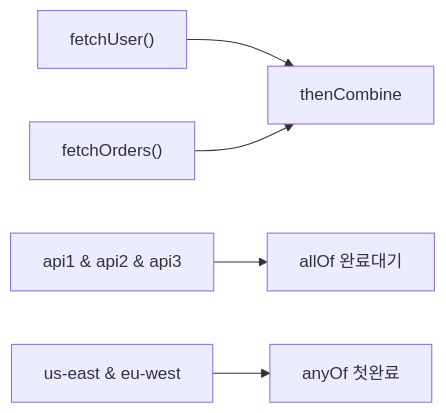
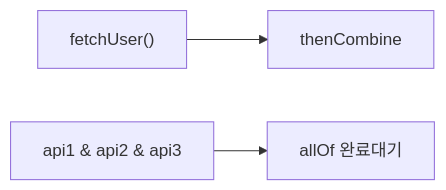
Before and after one commit to yjkim2015/yjkim2015.github.io: the second of 3 diagrams in _posts/java/2026-05-01-java-completablefuture.md, drawn with Mermaid. The commit also changed other lines of this file and 149 other files, not shown here.

First line of the commit message:
Mermaid 가독성 개선: 라벨 축약, 노드 축소, TD→LR 변환

````diff
--- a/_posts/java/2026-05-01-java-completablefuture.md
+++ b/_posts/java/2026-05-01-java-completablefuture.md
@@ -256,7 +255,5 @@
 ```mermaid
 flowchart LR
     A1["fetchUser()"] --> C1["thenCombine"]
-    B1["fetchOrders()"] --> C1
     A2["api1 & api2 & api3"] --> D["allOf 완료대기"]
-    A3["us-east & eu-west"] --> E["anyOf 첫완료"]
 ```
````
